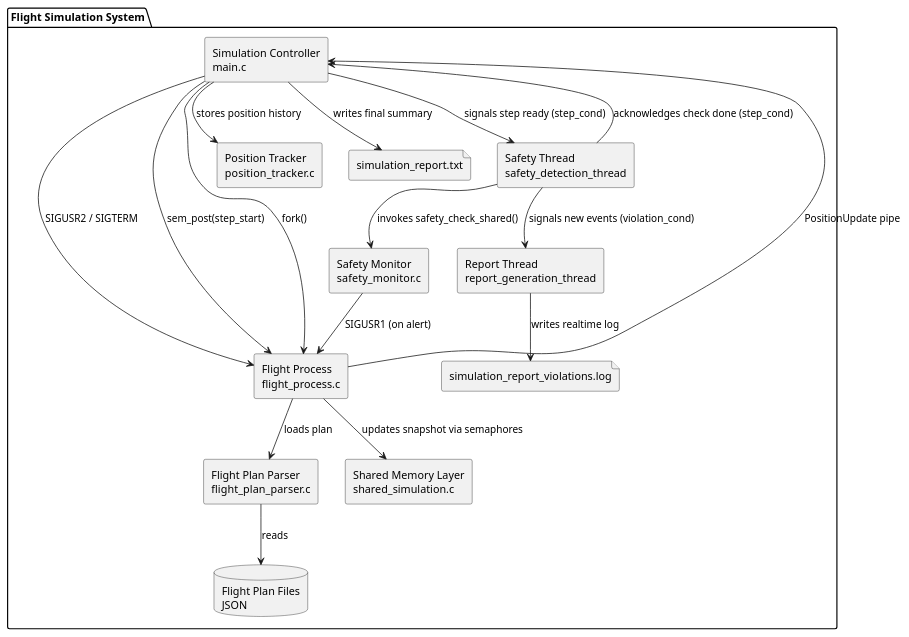
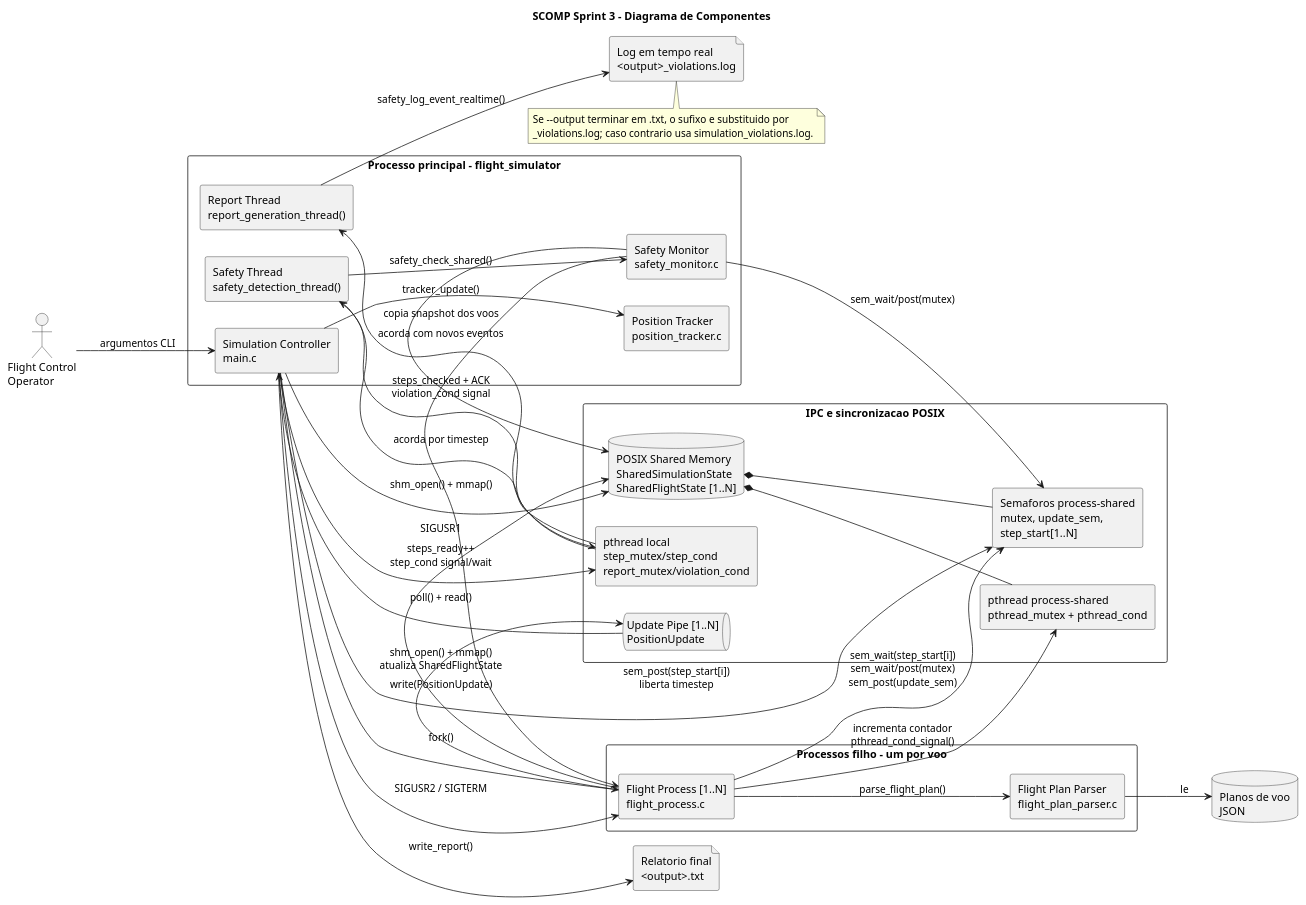
One commit to goncalolopesp/sem4pi2526-sem4pi2526_2di5 changed the diagram in scomp/docs/ComponentsDiagram.puml. Above: the diagram before and after it, drawn with PlantUML. The commit also changed 2 other files, not shown here.

Commit message:
prepares SCOMP delivery

```diff
--- a/scomp/docs/ComponentsDiagram.puml
+++ b/scomp/docs/ComponentsDiagram.puml
@@ -1,46 +1,72 @@
 @startuml
 
+title SCOMP Sprint 3 - Diagrama de Componentes
+left to right direction
 skinparam componentStyle rectangle
+skinparam shadowing false
+skinparam packageStyle rectangle
 
-package "Flight Simulation System" {
+actor "Flight Control\nOperator" as Operator
 
-    [Simulation Controller\nmain.c] as Main
-    [Flight Process\nflight_process.c] as FlightProcess
-    [Flight Plan Parser\nflight_plan_parser.c] as Parser
-    [Position Tracker\nposition_tracker.c] as Tracker
-    [Safety Monitor\nsafety_monitor.c] as Safety
-
-
-    [Safety Thread\nsafety_detection_thread] as SafetyThread
-    [Report Thread\nreport_generation_thread] as ReportThread
-
-
-    [Shared Memory Layer\nshared_simulation.c] as Shared
-
-    database "Flight Plan Files\nJSON" as Json
-    file "simulation_report.txt" as ReportFile
-    file "simulation_report_violations.log" as ViolationLog
+package "Processo principal - flight_simulator" {
+    component "Simulation Controller\nmain.c" as Main
+    component "Position Tracker\nposition_tracker.c" as Tracker
+    component "Safety Thread\nsafety_detection_thread()" as SafetyThread
+    component "Report Thread\nreport_generation_thread()" as ReportThread
+    component "Safety Monitor\nsafety_monitor.c" as Safety
 }
 
+package "Processos filho - um por voo" {
+    component "Flight Process [1..N]\nflight_process.c" as FlightProcess
+    component "Flight Plan Parser\nflight_plan_parser.c" as Parser
+}
+
+package "IPC e sincronizacao POSIX" {
+    queue "Update Pipe [1..N]\nPositionUpdate" as UpdatePipe
+    database "POSIX Shared Memory\nSharedSimulationState\nSharedFlightState [1..N]" as Shared
+    component "Semaforos process-shared\nmutex, update_sem,\nstep_start[1..N]" as Semaphores
+    component "pthread process-shared\npthread_mutex + pthread_cond" as SharedCond
+    component "pthread local\nstep_mutex/step_cond\nreport_mutex/violation_cond" as LocalSync
+}
+
+database "Planos de voo\nJSON" as Json
+file "Relatorio final\n<output>.txt" as FinalReport
+file "Log em tempo real\n<output>_violations.log" as LiveReport
+
+Operator --> Main : argumentos CLI
 Main --> FlightProcess : fork()
 Main --> FlightProcess : SIGUSR2 / SIGTERM
-Main --> FlightProcess : sem_post(step_start)
-FlightProcess --> Main : PositionUpdate pipe
+Safety --> FlightProcess : SIGUSR1
 
-FlightProcess --> Parser : loads plan
-Parser --> Json : reads
+FlightProcess --> Parser : parse_flight_plan()
+Parser --> Json : le
 
-Main --> Tracker : stores position history
-FlightProcess --> Shared : updates snapshot via semaphores
+FlightProcess --> UpdatePipe : write(PositionUpdate)
+UpdatePipe --> Main : poll() + read()
+Main --> Tracker : tracker_update()
 
-' Sincronização US106
-Main --> SafetyThread : signals step ready (step_cond)
-SafetyThread --> Main : acknowledges check done (step_cond)
-SafetyThread --> Safety : invokes safety_check_shared()
-SafetyThread --> ReportThread : signals new events (violation_cond)
+Main --> Shared : shm_open() + mmap()
+FlightProcess --> Shared : shm_open() + mmap()\natualiza SharedFlightState
+Shared *-- Semaphores
+Shared *-- SharedCond
+Main --> Semaphores : sem_post(step_start[i])\nliberta timestep
+FlightProcess --> Semaphores : sem_wait(step_start[i])\nsem_wait/post(mutex)\nsem_post(update_sem)
+FlightProcess --> SharedCond : incrementa contador\npthread_cond_signal()
 
-Safety --> FlightProcess : SIGUSR1 (on alert)
-Main --> ReportFile : writes final summary
-ReportThread --> ViolationLog : writes realtime log
+Main --> LocalSync : steps_ready++\nstep_cond signal/wait
+LocalSync --> SafetyThread : acorda por timestep
+SafetyThread --> Safety : safety_check_shared()
+Safety --> Semaphores : sem_wait/post(mutex)
+Safety --> Shared : copia snapshot dos voos
+SafetyThread --> LocalSync : steps_checked + ACK\nviolation_cond signal
+LocalSync --> ReportThread : acorda com novos eventos
+
+Main --> FinalReport : write_report()
+ReportThread --> LiveReport : safety_log_event_realtime()
+
+note bottom of LiveReport
+Se --output terminar em .txt, o sufixo e substituido por
+_violations.log; caso contrario usa simulation_violations.log.
+end note
 
 @enduml
```
